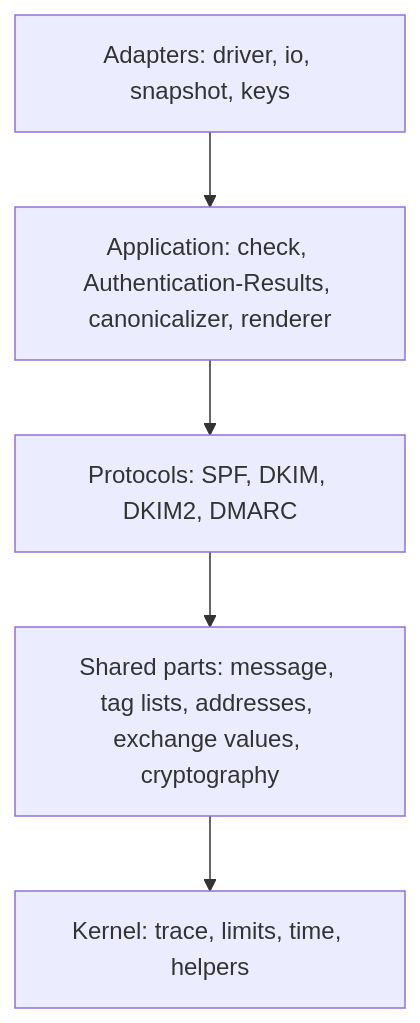
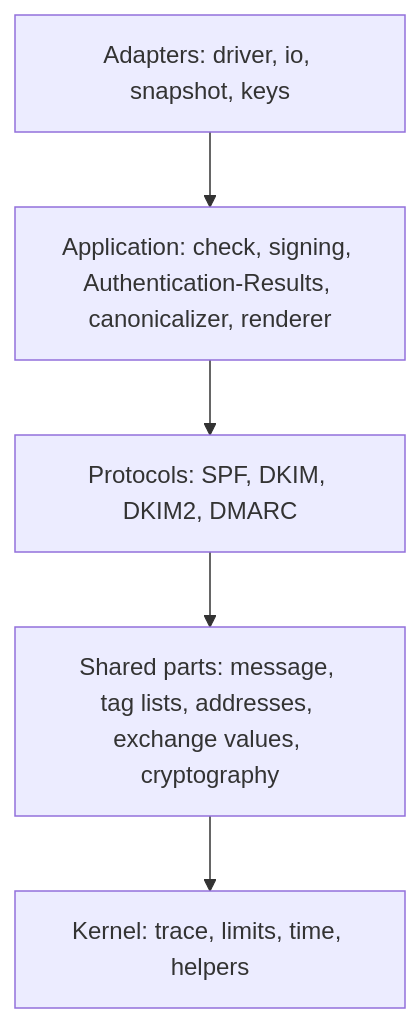
Before and after one commit to photom/hallmark: the first of 4 diagrams in docs/explanation/internal-architecture.md, drawn with Mermaid. The commit also changed other lines of this file and 48 other files, not shown here.

First line of the commit message:
Give the signing caller its own entry type, Signing, apart from Check (#19)

````diff
--- a/docs/explanation/internal-architecture.md
+++ b/docs/explanation/internal-architecture.md
@@ -22,7 +22,7 @@
 ```mermaid
 flowchart TB
-    adapters["Adapters: driver, io, snapshot, keys"] --> application["Application: check, Authentication-Results, canonicalizer, renderer"]
+    adapters["Adapters: driver, io, snapshot, keys"] --> application["Application: check, signing, Authentication-Results, canonicalizer, renderer"]
     application --> protocols["Protocols: SPF, DKIM, DKIM2, DMARC"]
     protocols --> supporting["Shared parts: message, tag lists, addresses, exchange values, cryptography"]
     supporting --> kernel["Kernel: trace, limits, time, helpers"]
 ```
````
